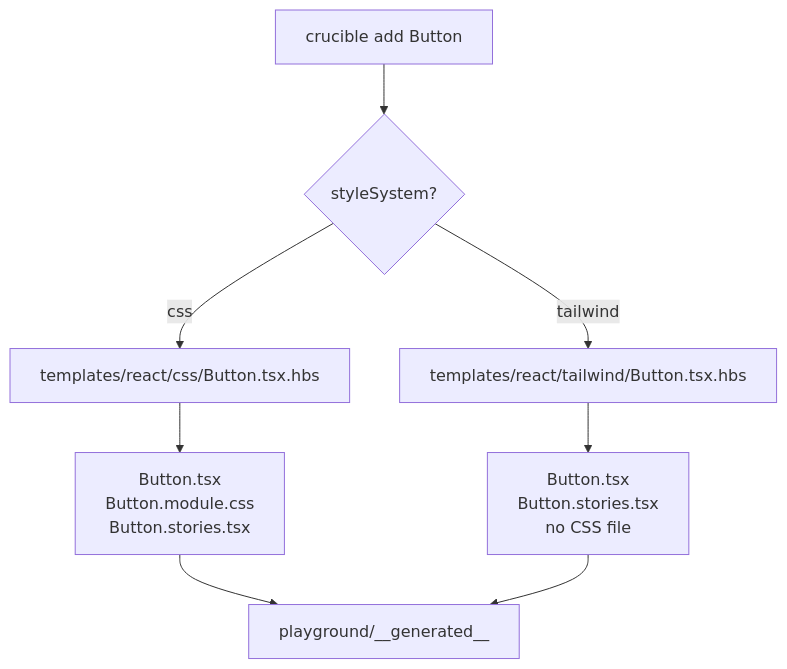
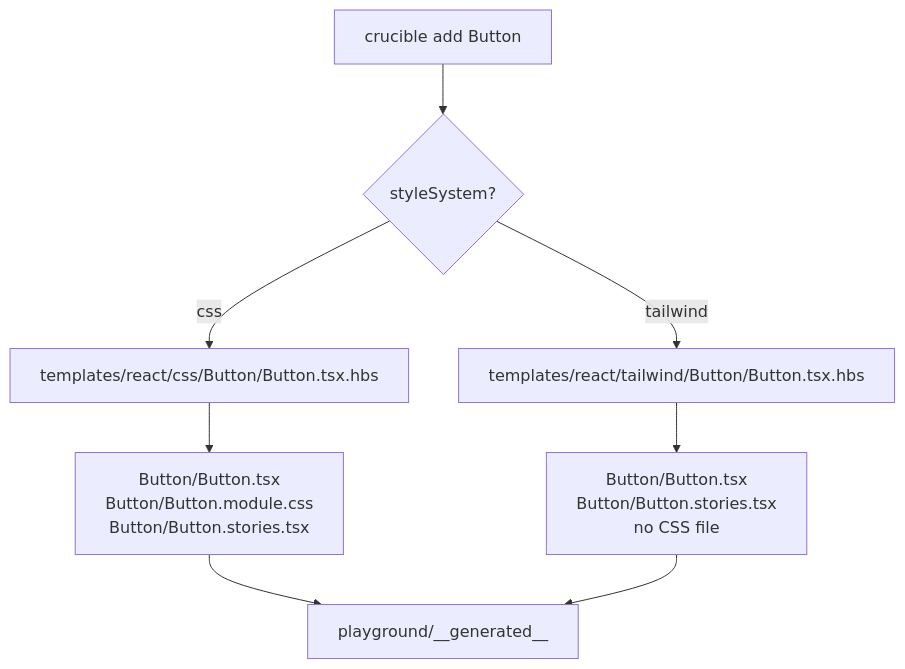
The fourth of 8 diagrams in crucible-v01-guide.md (Naveen2070/project_crucible), drawn with Mermaid before and after one commit. The commit also changed other lines of this file and 1 other file, not shown here.

Commit message:
docs: update architecture diagrams for Phase 5 structure

````diff
--- a/crucible-v01-guide.md
+++ b/crucible-v01-guide.md
@@ -204,10 +217,10 @@
 ```mermaid
 flowchart TD
     A[crucible add Button] --> B{styleSystem?}
-    B -->|css| C[templates/react/css/Button.tsx.hbs]
-    B -->|tailwind| D[templates/react/tailwind/Button.tsx.hbs]
-    C --> E[Button.tsx\nButton.module.css\nButton.stories.tsx]
-    D --> F[Button.tsx\nButton.stories.tsx\nno CSS file]
+    B -->|css| C[templates/react/css/Button/Button.tsx.hbs]
+    B -->|tailwind| D[templates/react/tailwind/Button/Button.tsx.hbs]
+    C --> E[Button/Button.tsx\nButton/Button.module.css\nButton/Button.stories.tsx]
+    D --> F[Button/Button.tsx\nButton/Button.stories.tsx\nno CSS file]
     E --> G[playground/__generated__]
     F --> G
 ```
````
